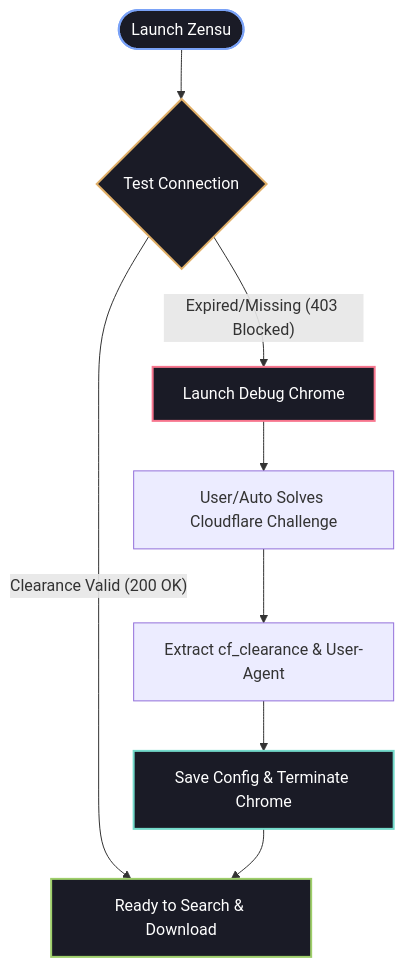
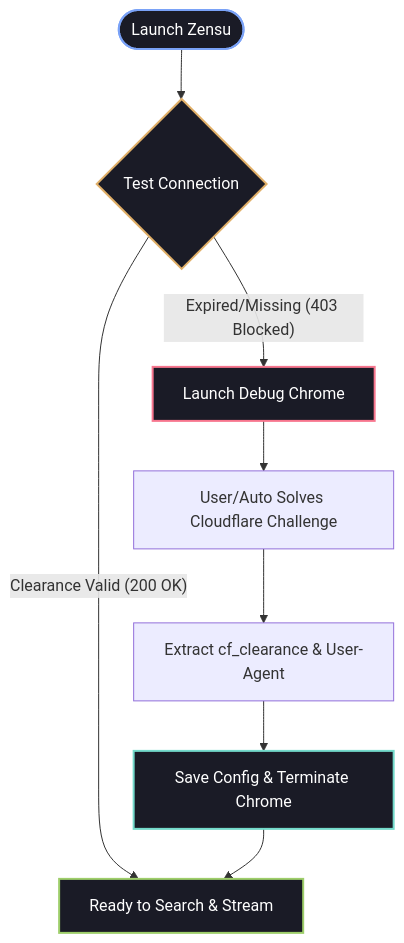
One commit to paulfruitful/Zensu changed the first of 2 diagrams in README.md. Above: the diagram before and after it, drawn with Mermaid. The commit also changed other lines of this file, not shown here.

````diff
--- a/README.md
+++ b/README.md
@@ -51,16 +53,16 @@
 ```mermaid
 graph TD
     A([Launch Zensu]) --> B{Test Connection}
-    B -- "Clearance Valid (200 OK)" --> C[Ready to Search & Download]
+    B -- "Clearance Valid (200 OK)" --> C[Ready to Search & Stream]
     B -- "Expired/Missing (403 Blocked)" --> D[Launch Debug Chrome]
     D --> E[User/Auto Solves Cloudflare Challenge]
     E --> F[Extract cf_clearance & User-Agent]
     F --> G[Save Config & Terminate Chrome]
     G --> C
     
     style A fill:#1a1b26,stroke:#7aa2f7,stroke-width:2px,color:#fff
     style B fill:#1a1b26,stroke:#e0af68,stroke-width:2px,color:#fff
     style C fill:#1a1b26,stroke:#9ece6a,stroke-width:2px,color:#fff
     style D fill:#1a1b26,stroke:#f7768e,stroke-width:2px,color:#fff
     style G fill:#1a1b26,stroke:#73daca,stroke-width:2px,color:#fff
 ```
````
